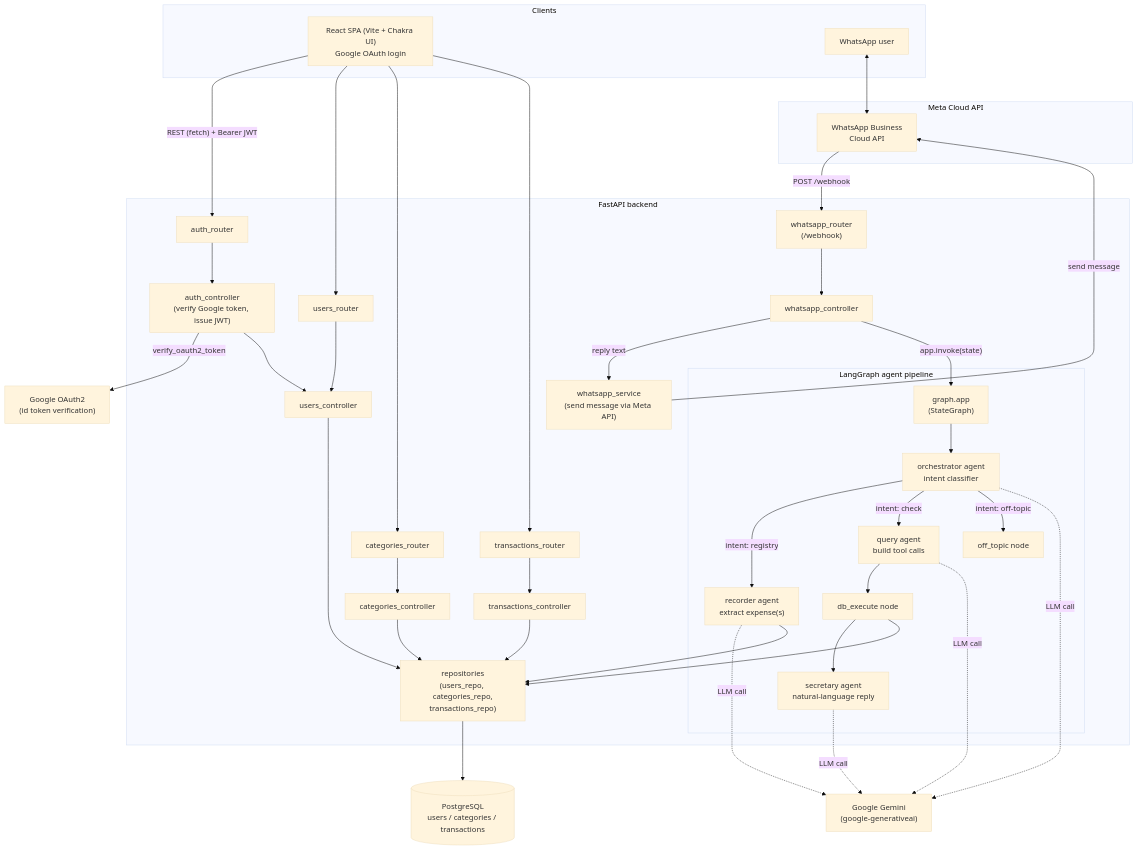
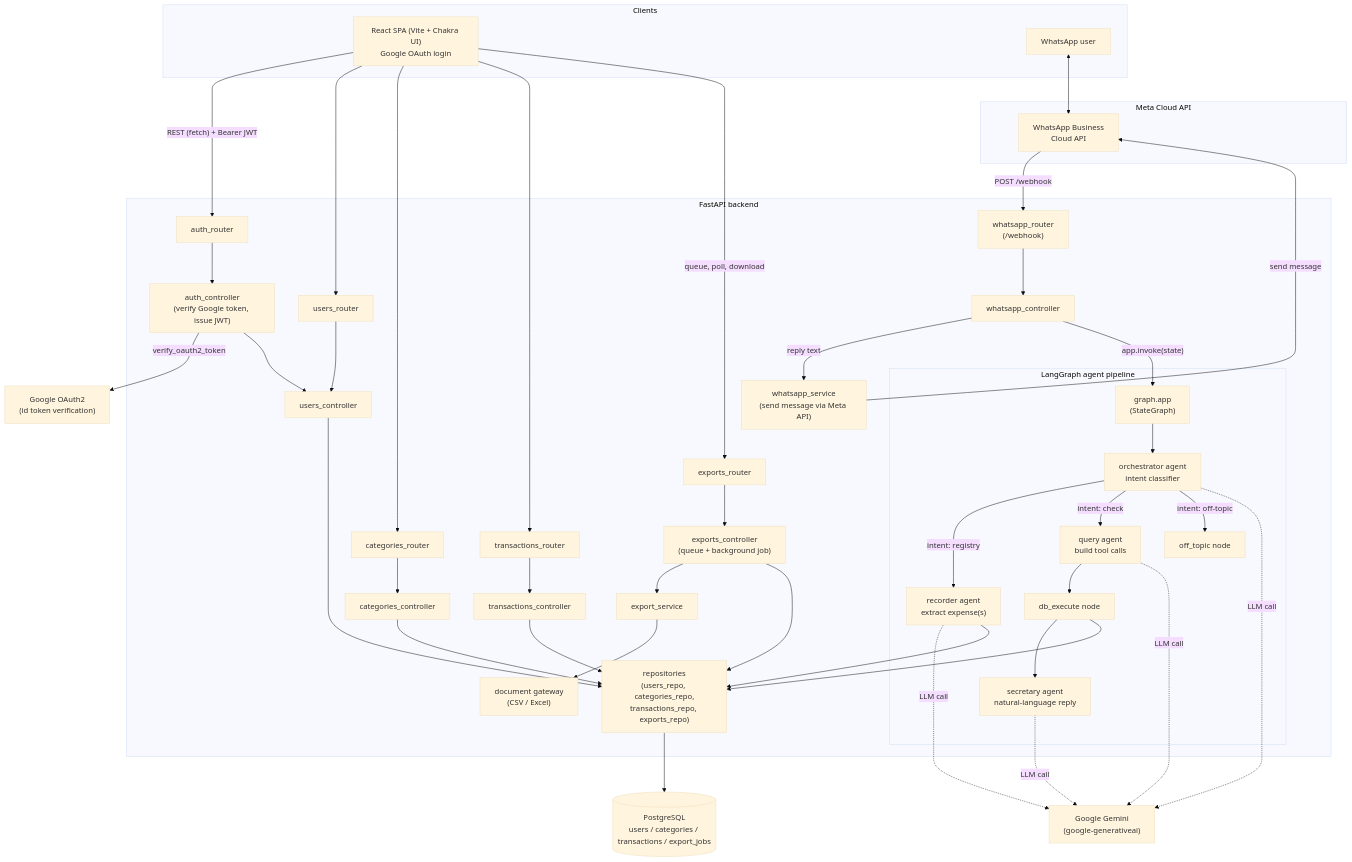
One commit to lucabattesini/money-budget changed the first of 4 diagrams in docs/SYSTEM_DESIGN.md. Above: the diagram before and after it, drawn with Mermaid (base theme). The commit also changed other lines of this file and 2 other files, not shown here.

Commit message:
MB-0010 docs: update the architecture diagram, retention rules and the tests README

````diff
--- a/docs/SYSTEM_DESIGN.md
+++ b/docs/SYSTEM_DESIGN.md
@@ -27,16 +27,20 @@
         UsersR["users_router"]
         CatR["categories_router"]
         TxR["transactions_router"]
+        ExR["exports_router"]
         WAR["whatsapp_router\n(/webhook)"]
 
         AuthC["auth_controller\n(verify Google token, issue JWT)"]
         UsersC["users_controller"]
         CatC["categories_controller"]
         TxC["transactions_controller"]
+        ExC["exports_controller\n(queue + background job)"]
         WAC["whatsapp_controller"]
         WAS["whatsapp_service\n(send message via Meta API)"]
 
-        Repos["repositories\n(users_repo, categories_repo,\ntransactions_repo)"]
+        Repos["repositories\n(users_repo, categories_repo,\ntransactions_repo, exports_repo)"]
+        ExS["export_service"]
+        DocGW["document gateway\n(CSV / Excel)"]
 
         subgraph Agents["LangGraph agent pipeline"]
             Graph["graph.app\n(StateGraph)"]
@@ -49,7 +53,7 @@
         end
     end
 
-    DB[("PostgreSQL\nusers / categories / transactions")]
+    DB[("PostgreSQL\nusers / categories / transactions / export_jobs")]
     Gemini["Google Gemini\n(google-generativeai)"]
     GoogleOAuth["Google OAuth2\n(id token verification)"]
 
@@ -57,6 +61,7 @@
     Web --> UsersR
     Web --> CatR
     Web --> TxR
+    Web -- "queue, poll, download" --> ExR
 
     WA <--> WAAPI
     WAAPI -- "POST /webhook" --> WAR
@@ -70,6 +75,9 @@
     UsersR --> UsersC
     CatR --> CatC
     TxR --> TxC
+    ExR --> ExC
+    ExC --> ExS
+    ExS --> DocGW
 
     WAC -- "app.invoke(state)" --> Graph
     Graph --> Orchestrator
@@ -89,6 +97,7 @@
     UsersC --> Repos
     CatC --> Repos
     TxC --> Repos
+    ExC --> Repos
 
     Repos --> DB
 ```
````
